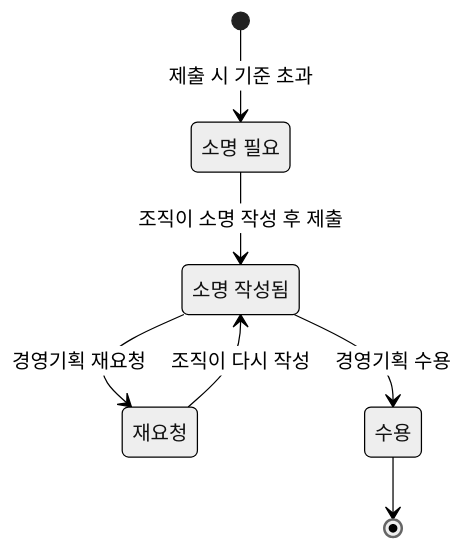
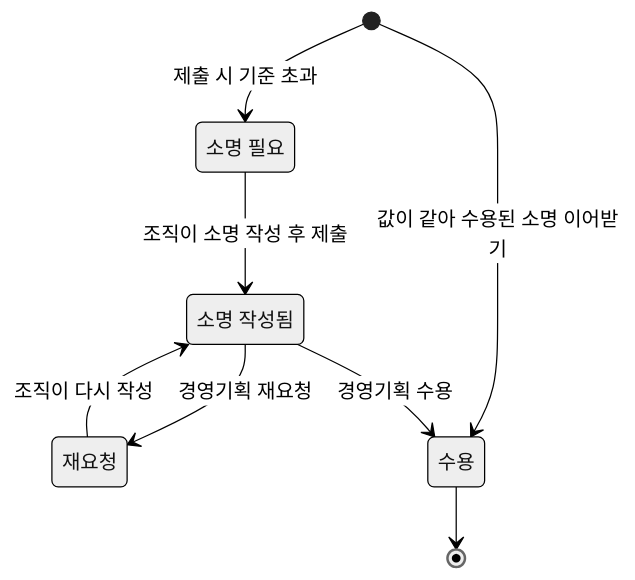
Before and after one commit to shinharyeong/skala_final_project: the eighth of 8 diagrams in docs/flow.md, drawn with Mermaid (neutral theme). The commit also changed other lines of this file and 1 other file, not shown here.

````diff
--- a/docs/flow.md
+++ b/docs/flow.md
@@ -221,14 +214,15 @@
 ```mermaid
 stateDiagram-v2
     state "소명 필요" as required
     state "소명 작성됨" as answered
     state "재요청" as rerequested
     state "수용" as accepted
 
     [*] --> required: 제출 시 기준 초과
+    [*] --> accepted: 값이 같아 수용된 소명 이어받기
     required --> answered: 조직이 소명 작성 후 제출
     answered --> accepted: 경영기획 수용
     answered --> rerequested: 경영기획 재요청
     rerequested --> answered: 조직이 다시 작성
     accepted --> [*]
 ```
````
